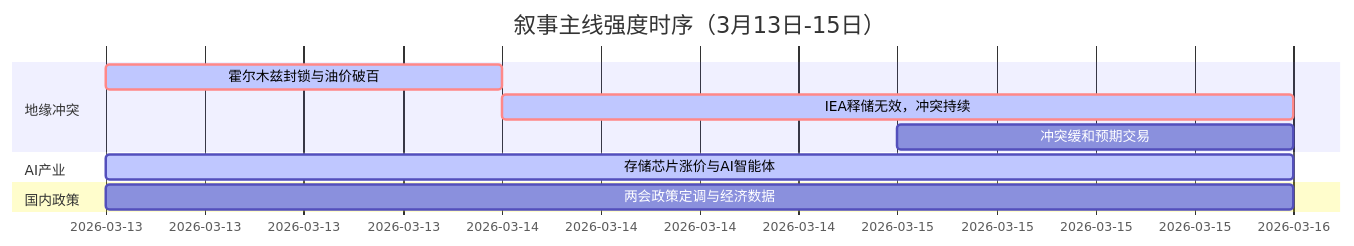
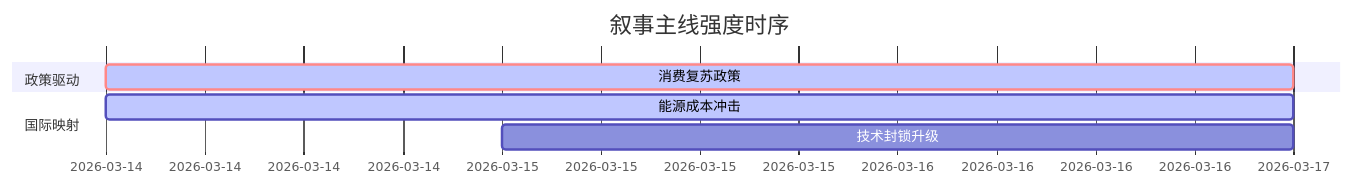
Before and after one commit to uu5zn/uu5zn.github.io: the diagram in 5day_report.md, drawn with Mermaid. The commit also changed other lines of this file and 21 other files, not shown here.

````diff
--- a/5day_report.md
+++ b/5day_report.md
@@ -54,13 +48,10 @@
 ```mermaid
 gantt
-    title 叙事主线强度时序（3月13日-15日）
+    title 叙事主线强度时序
     dateFormat  YYYY-MM-DD
-    section 地缘冲突
-    霍尔木兹封锁与油价破百   :crit, active, 2026-03-13, 1d
-    IEA释储无效，冲突持续   :crit, active, 2026-03-14, 2d
-    冲突缓和预期交易   :2026-03-15, 1d
-    section AI产业
-    存储芯片涨价与AI智能体   :active, 2026-03-13, 3d
-    section 国内政策
-    两会政策定调与经济数据   :2026-03-13, 3d
+    section 政策驱动
+    消费复苏政策   :crit, active, 2026-03-14, 3d
+    section 国际映射
+    能源成本冲击   :active, 2026-03-14, 3d
+    技术封锁升级   :2026-03-15, 2d
 ```
````
